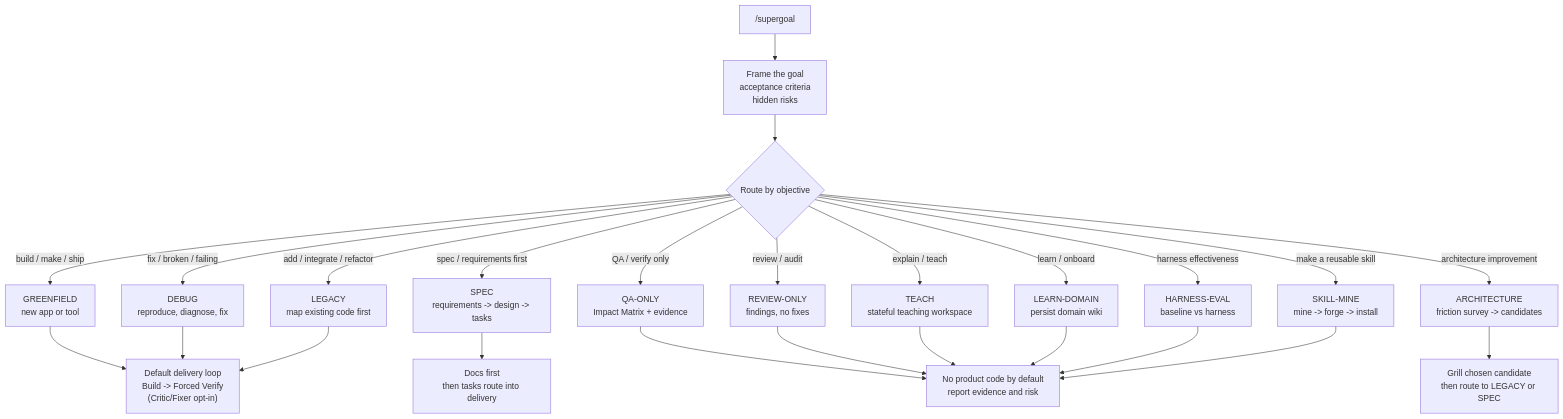
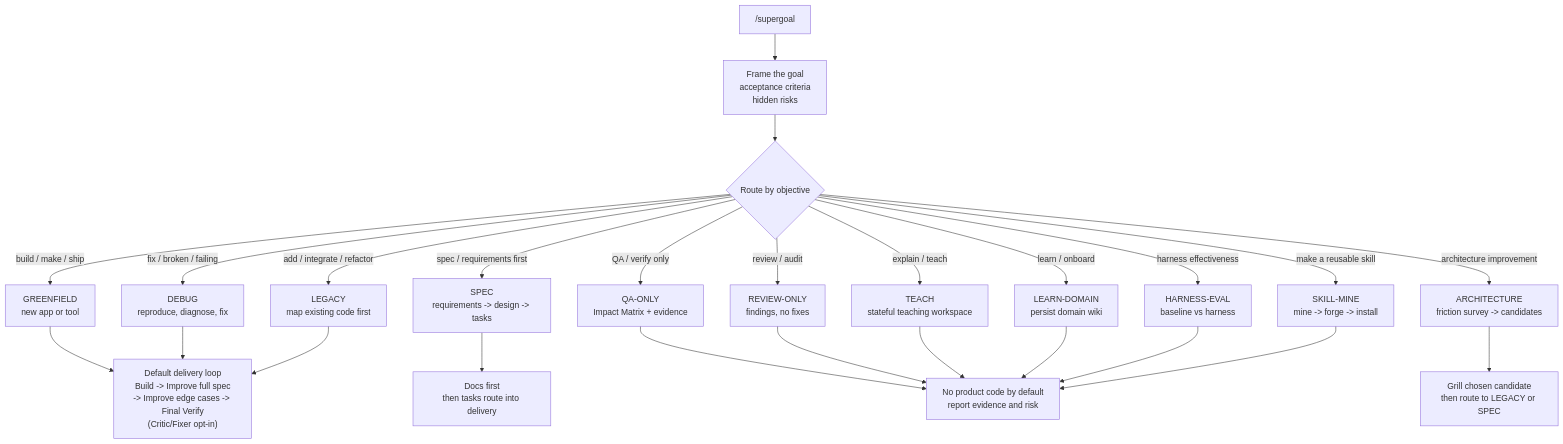
The diagram in README.md (cskwork/supergoal-skill), drawn with Mermaid before and after one commit. The commit also changed other lines of this file and 12 other files, not shown here.

````diff
--- a/README.md
+++ b/README.md
@@ -65,31 +69,31 @@
 ```mermaid
 flowchart TD
     A["/supergoal <one heavy objective>"] --> B["Frame the goal<br/>acceptance criteria<br/>hidden risks"]
     B --> C{"Route by objective"}
 
     C -->|"build / make / ship"| GREENFIELD["GREENFIELD<br/>new app or tool"]
     C -->|"fix / broken / failing"| DEBUG["DEBUG<br/>reproduce, diagnose, fix"]
     C -->|"add / integrate / refactor"| LEGACY["LEGACY<br/>map existing code first"]
     C -->|"spec / requirements first"| SPEC["SPEC<br/>requirements -> design -> tasks"]
     C -->|"QA / verify only"| QAONLY["QA-ONLY<br/>Impact Matrix + evidence"]
     C -->|"review / audit"| REVIEW["REVIEW-ONLY<br/>findings, no fixes"]
     C -->|"architecture improvement"| ARCHITECTURE["ARCHITECTURE<br/>friction survey -> candidates"]
     C -->|"explain / teach"| TEACH["TEACH<br/>stateful teaching workspace"]
     C -->|"learn / onboard"| LEARN["LEARN-DOMAIN<br/>persist domain wiki"]
     C -->|"harness effectiveness"| HARNESS["HARNESS-EVAL<br/>baseline vs harness"]
     C -->|"make a reusable skill"| SKILLMINE["SKILL-MINE<br/>mine -> forge -> install"]
 
-    GREENFIELD --> LOOP["Default delivery loop<br/>Build -> Forced Verify<br/>(Critic/Fixer opt-in)"]
+    GREENFIELD --> LOOP["Default delivery loop<br/>Build -> Improve full spec<br/>-> Improve edge cases -> Final Verify<br/>(Critic/Fixer opt-in)"]
     DEBUG --> LOOP
     LEGACY --> LOOP
 
     SPEC --> DOCS["Docs first<br/>then tasks route into delivery"]
     ARCHITECTURE --> PICK["Grill chosen candidate<br/>then route to LEGACY or SPEC"]
 
     QAONLY --> REPORT["No product code by default<br/>report evidence and risk"]
     REVIEW --> REPORT
     TEACH --> REPORT
     LEARN --> REPORT
     HARNESS --> REPORT
     SKILLMINE --> REPORT
 ```
````
